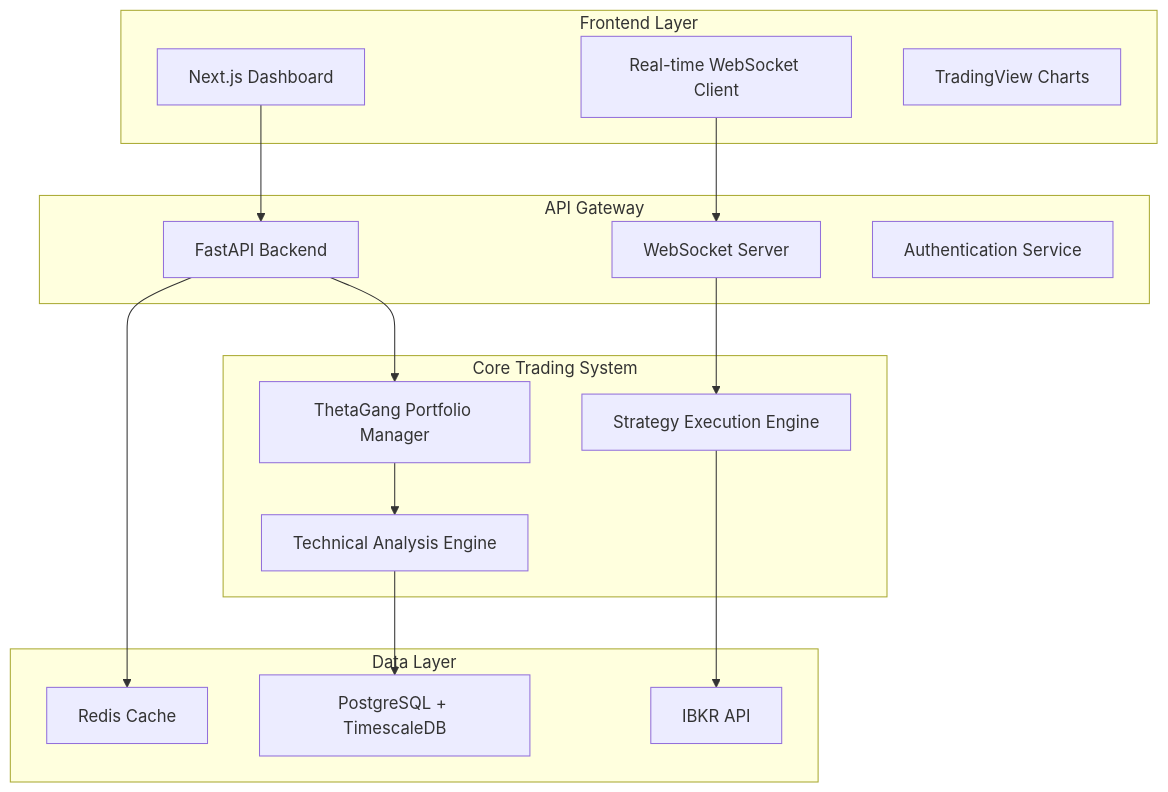
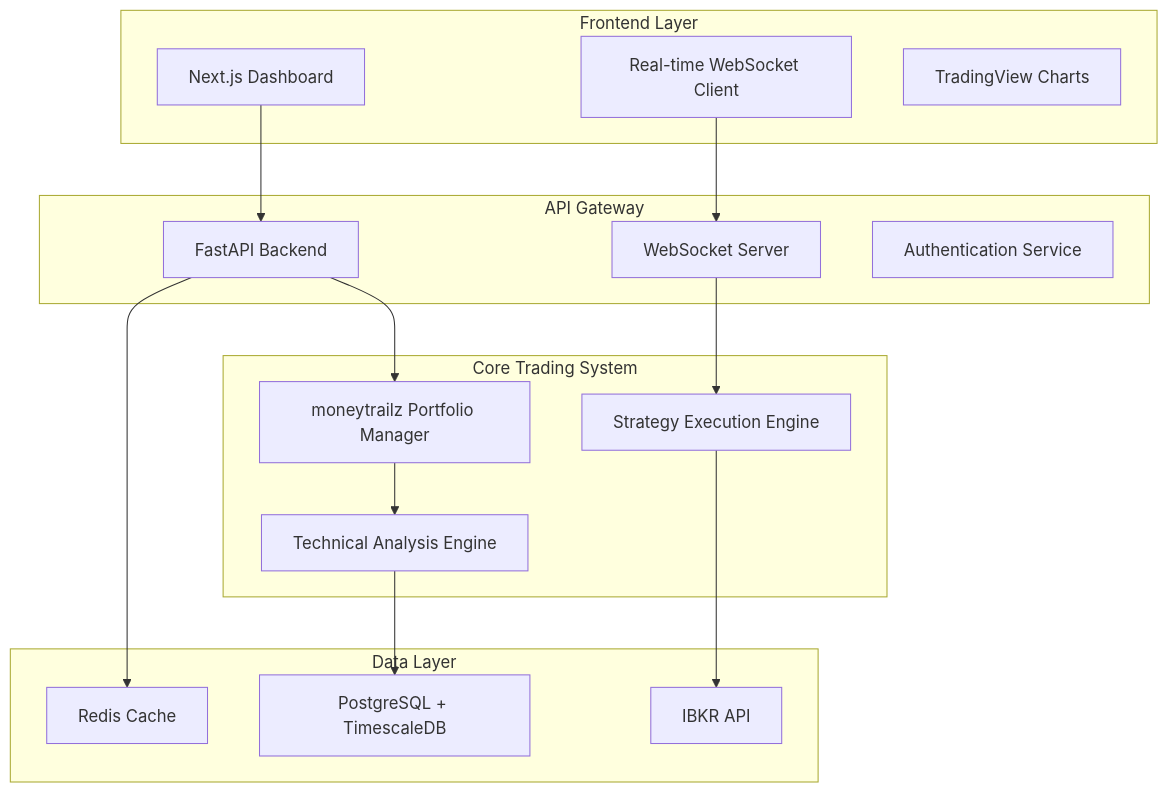
The diagram in moneytrailz-dashboard/README.md (PeterBaltov/ikbr-algo-trading), drawn with Mermaid before and after one commit. The commit also changed other lines of this file and 48 other files, not shown here.

````diff
--- a/moneytrailz-dashboard/README.md
+++ b/moneytrailz-dashboard/README.md
@@ -90,35 +90,35 @@
 ```mermaid
 graph TB
     subgraph "Frontend Layer"
         A[Next.js Dashboard]
         B[Real-time WebSocket Client]
         C[TradingView Charts]
     end
     
     subgraph "API Gateway"
         D[FastAPI Backend]
         E[WebSocket Server]
         F[Authentication Service]
     end
     
     subgraph "Core Trading System"
-        G[ThetaGang Portfolio Manager]
+        G[moneytrailz Portfolio Manager]
         H[Strategy Execution Engine]
         I[Technical Analysis Engine]
     end
     
     subgraph "Data Layer"
         J[PostgreSQL + TimescaleDB]
         K[Redis Cache]
         L[IBKR API]
     end
     
     A --> D
     B --> E
     D --> G
     E --> H
     G --> I
     H --> L
     I --> J
     D --> K
 ```
````
